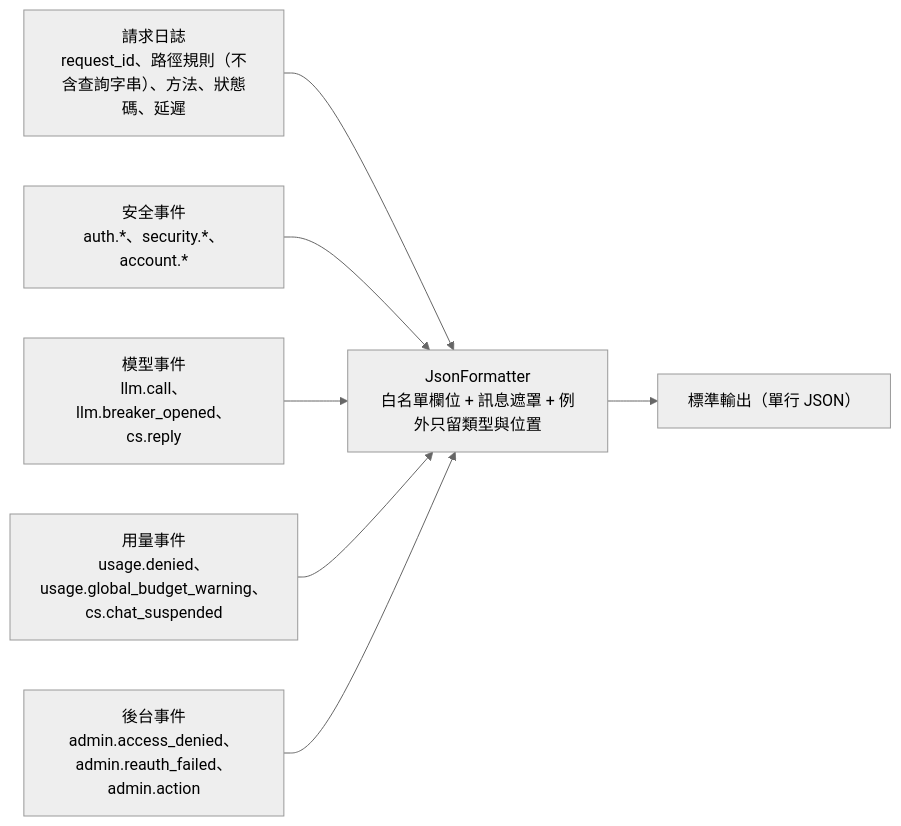
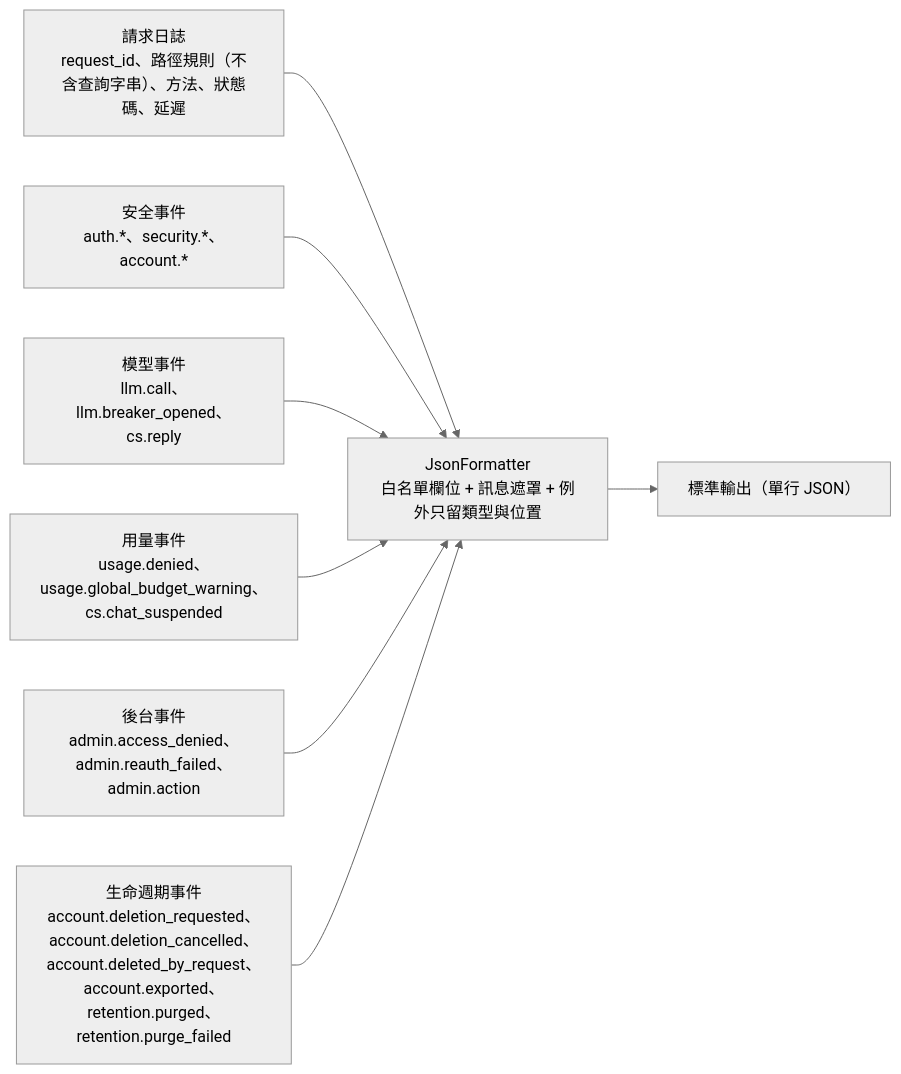
Before and after one commit to pp466pp466/R.A.C: the fourth of 5 diagrams in docs/營運與部署-operations.md, drawn with Mermaid (neutral theme). The commit also changed other lines of this file and 77 other files, not shown here.

````diff
--- a/docs/營運與部署-operations.md
+++ b/docs/營運與部署-operations.md
@@ -69,9 +69,10 @@
 ```mermaid
 flowchart LR
     Req["請求日誌<br/>request_id、路徑規則（不含查詢字串）、方法、狀態碼、延遲"] --> Fmt
     Sec["安全事件<br/>auth.*、security.*、account.*"] --> Fmt
     Llm["模型事件<br/>llm.call、llm.breaker_opened、cs.reply"] --> Fmt
     Use["用量事件<br/>usage.denied、usage.global_budget_warning、cs.chat_suspended"] --> Fmt
     Adm["後台事件<br/>admin.access_denied、admin.reauth_failed、admin.action"] --> Fmt
+    Lif["生命週期事件<br/>account.deletion_requested、account.deletion_cancelled、account.deleted_by_request、account.exported、retention.purged、retention.purge_failed"] --> Fmt
     Fmt["JsonFormatter<br/>白名單欄位 + 訊息遮罩 + 例外只留類型與位置"] --> Out["標準輸出（單行 JSON）"]
 ```
````
